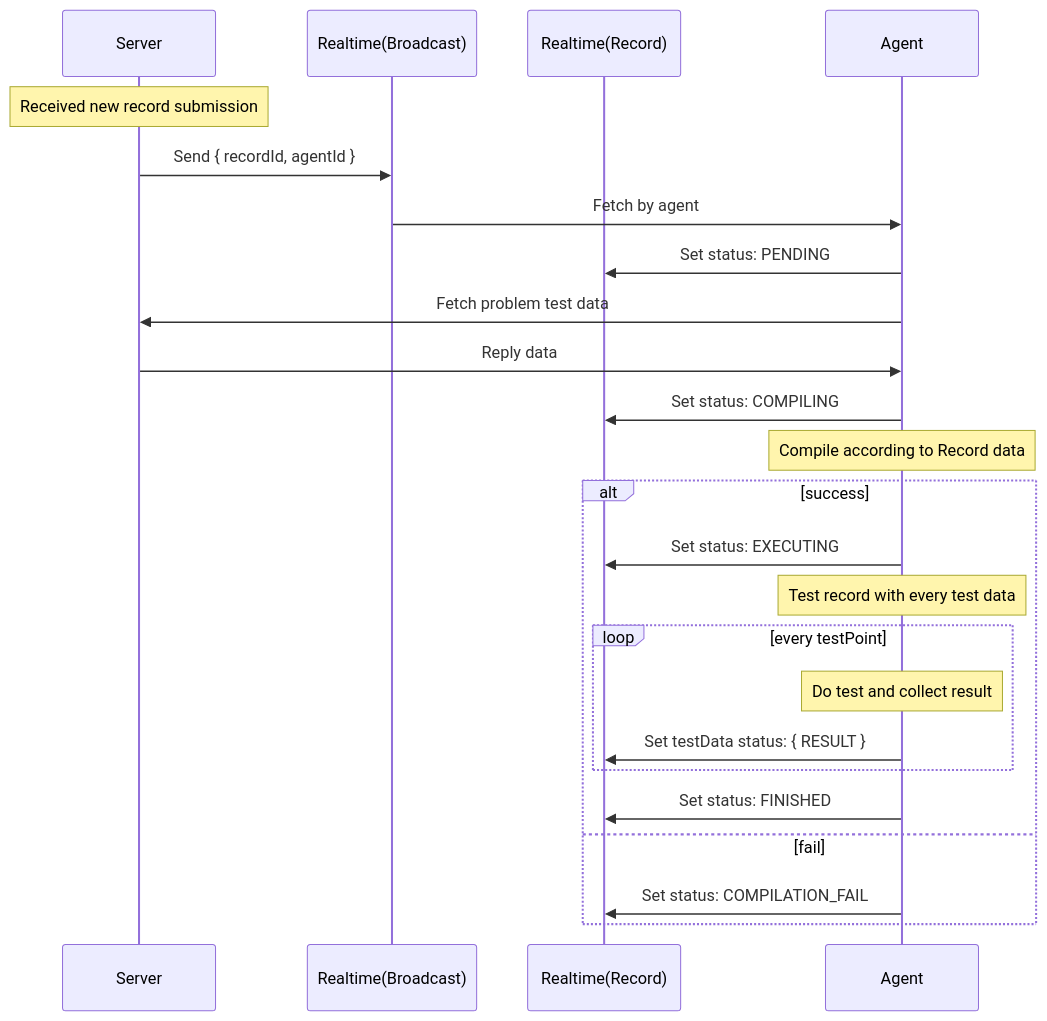
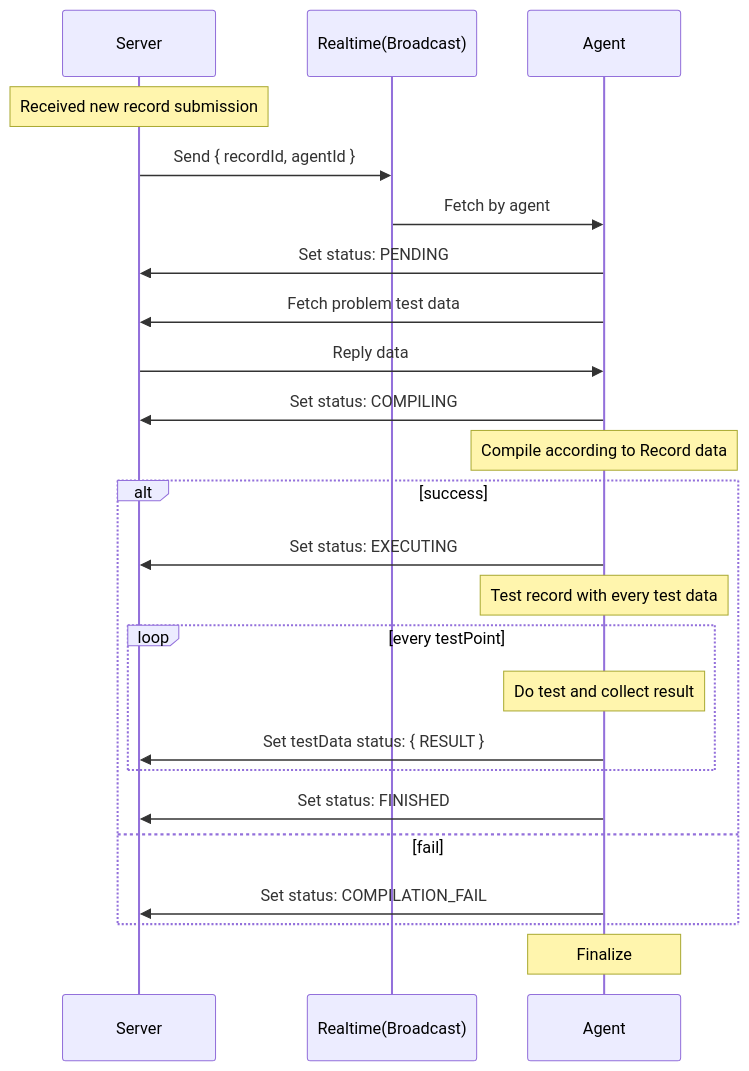
One commit to Ranzeplay/PhiJudge changed the diagram in Docs/docs/dev/agent/comm.md. Above: the diagram before and after it, drawn with Mermaid.

Commit message:
Update communication graph

````diff
--- a/Docs/docs/dev/agent/comm.md
+++ b/Docs/docs/dev/agent/comm.md
@@ -5,26 +5,26 @@
 ```mermaid
 sequenceDiagram
 	participant Server
 	participant RT_B as Realtime(Broadcast)
-	participant RT_R as Realtime(Record)
 	participant Agent
 	Note over Server: Received new record submission 
 	Server->>RT_B: Send { recordId, agentId }
 	RT_B->>Agent: Fetch by agent
-	Agent->>RT_R: Set status: PENDING
+	Agent->>Server: Set status: PENDING
 	Agent->>Server: Fetch problem test data
 	Server->> Agent: Reply data
-	Agent->>RT_R: Set status: COMPILING
+	Agent->>Server: Set status: COMPILING
 	Note over Agent: Compile according to Record data
 	alt success
-	Agent->>RT_R: Set status: EXECUTING
+	Agent->>Server: Set status: EXECUTING
 	Note over Agent: Test record with every test data
 	loop every testPoint
 	Note over Agent: Do test and collect result
-	Agent->> RT_R: Set testData status: { RESULT }
+	Agent->> Server: Set testData status: { RESULT }
 	end
-	Agent->>RT_R: Set status: FINISHED
+	Agent->>Server: Set status: FINISHED
 	else fail
-	Agent->>RT_R: Set status: COMPILATION_FAIL
+	Agent->>Server: Set status: COMPILATION_FAIL
 	end
+	Note over Agent: Finalize
 ```
````
